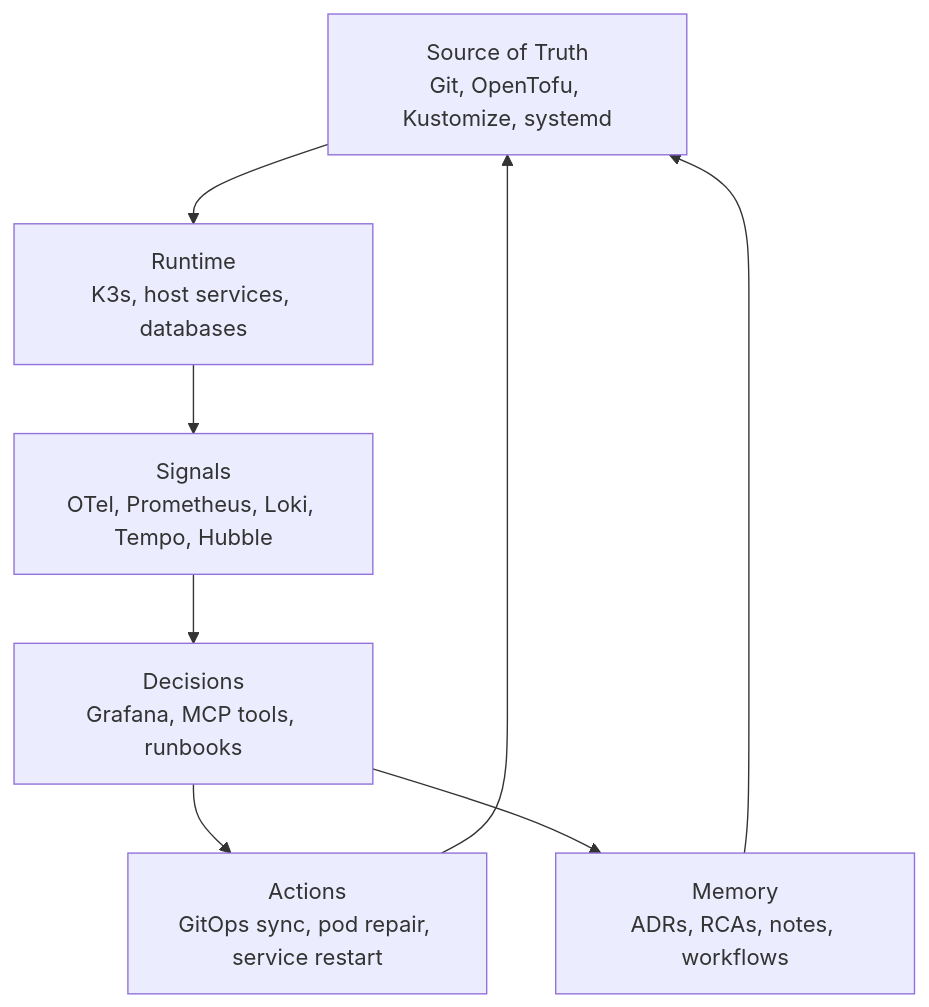
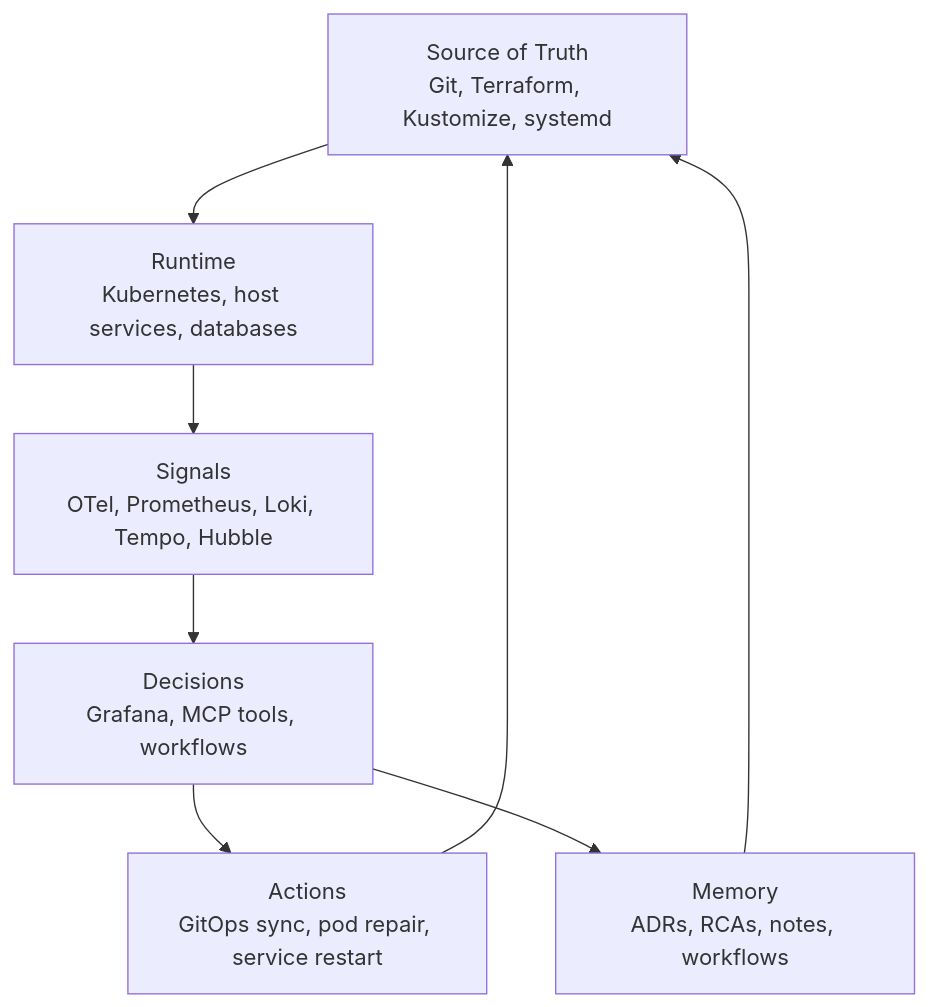
The diagram in README.md (victoriacheng15/observability-hub), drawn with Mermaid before and after one commit. The commit also changed other lines of this file, not shown here.

````diff
--- a/README.md
+++ b/README.md
@@ -21,17 +37,17 @@
 ```mermaid
 flowchart TB
-    Source["Source of Truth<br/>Git, OpenTofu, Kustomize, systemd"]
-    Runtime["Runtime<br/>K3s, host services, databases"]
+    Source["Source of Truth<br/>Git, Terraform, Kustomize, systemd"]
+    Runtime["Runtime<br/>Kubernetes, host services, databases"]
     Signals["Signals<br/>OTel, Prometheus, Loki, Tempo, Hubble"]
-    Decisions["Decisions<br/>Grafana, MCP tools, runbooks"]
+    Decisions["Decisions<br/>Grafana, MCP tools, workflows"]
     Actions["Actions<br/>GitOps sync, pod repair, service restart"]
     Memory["Memory<br/>ADRs, RCAs, notes, workflows"]
 
     Source --> Runtime
     Runtime --> Signals
     Signals --> Decisions
     Decisions --> Actions
     Actions --> Source
     Decisions --> Memory
     Memory --> Source
 ```
````
